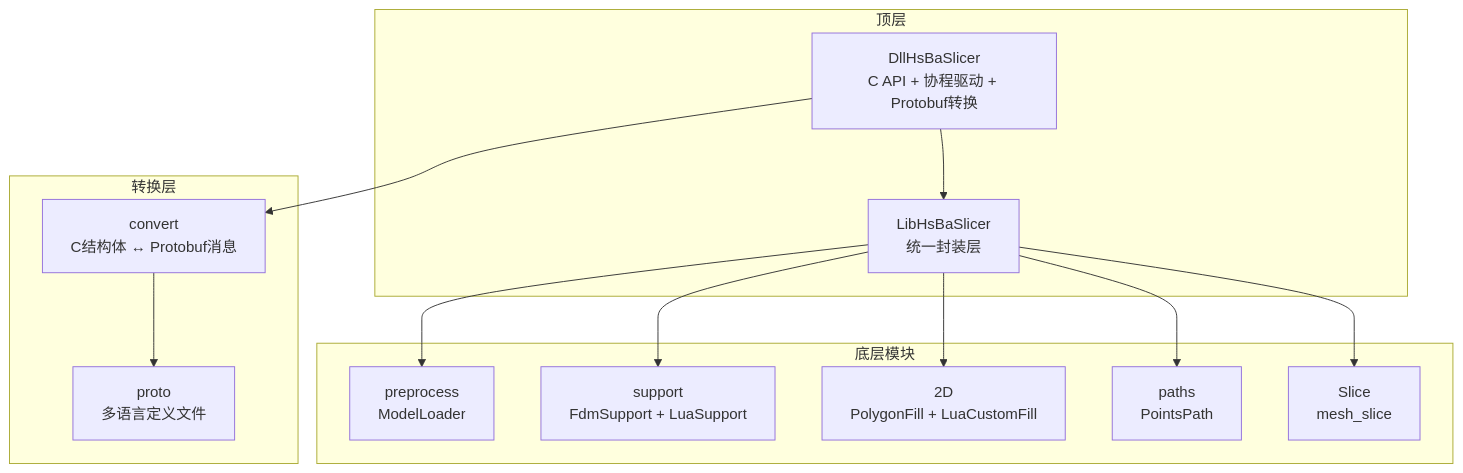
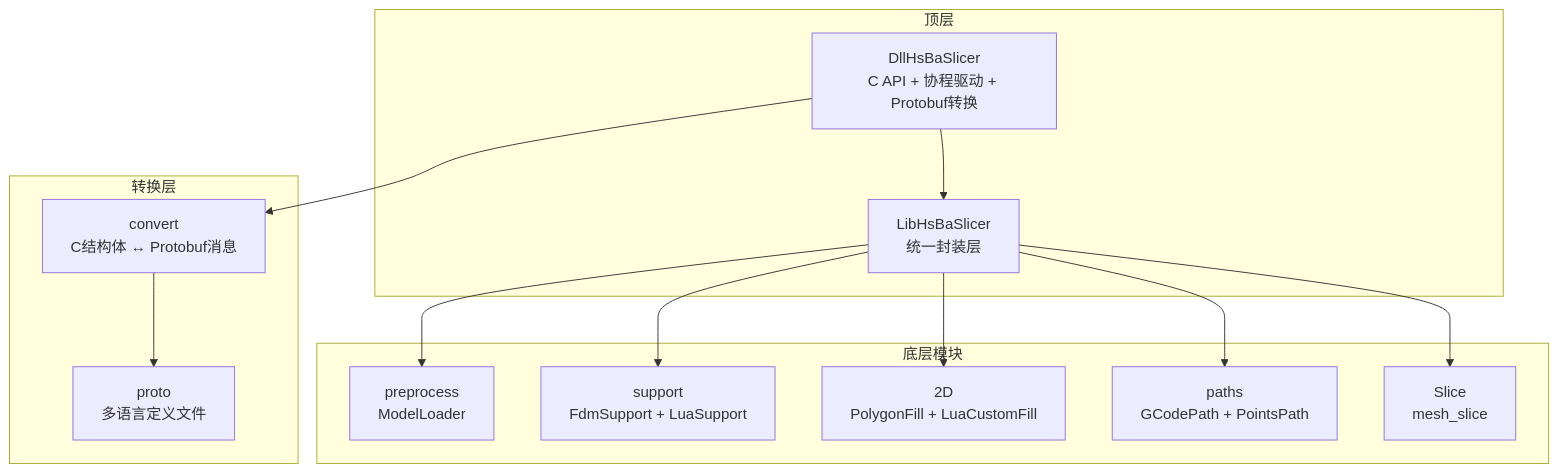
The first of 11 diagrams in .qoder/repowiki/zh/content/核心模块详解/FDM打印流水线.md (hsmbanlance/HsBaSlicer), drawn with Mermaid before and after one commit. The commit also changed other lines of this file and 9 other files, not shown here.

````diff
--- a/.qoder/repowiki/zh/content/核心模块详解/FDM打印流水线.md
+++ b/.qoder/repowiki/zh/content/核心模块详解/FDM打印流水线.md
@@ -69,26 +75,26 @@
 ```mermaid
 graph TB
 subgraph "顶层"
 DLL["DllHsBaSlicer<br/>C API + 协程驱动 + Protobuf转换"]
 LIB["LibHsBaSlicer<br/>统一封装层"]
 end
 subgraph "转换层"
 CONVERT["convert<br/>C结构体 ↔ Protobuf消息"]
 PROTO["proto<br/>多语言定义文件"]
 end
 subgraph "底层模块"
 PRE["preprocess<br/>ModelLoader"]
 SUP["support<br/>FdmSupport + LuaSupport"]
 FIL["2D<br/>PolygonFill + LuaCustomFill"]
-PATH["paths<br/>PointsPath"]
+PATH["paths<br/>GCodePath + PointsPath"]
 SLI["Slice<br/>mesh_slice"]
 end
 DLL --> LIB
 DLL --> CONVERT
 CONVERT --> PROTO
 LIB --> PRE
 LIB --> SUP
 LIB --> FIL
 LIB --> PATH
 LIB --> SLI
 ```
````
